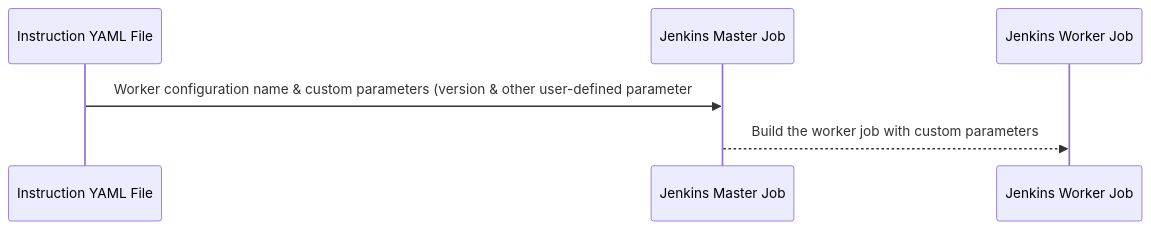
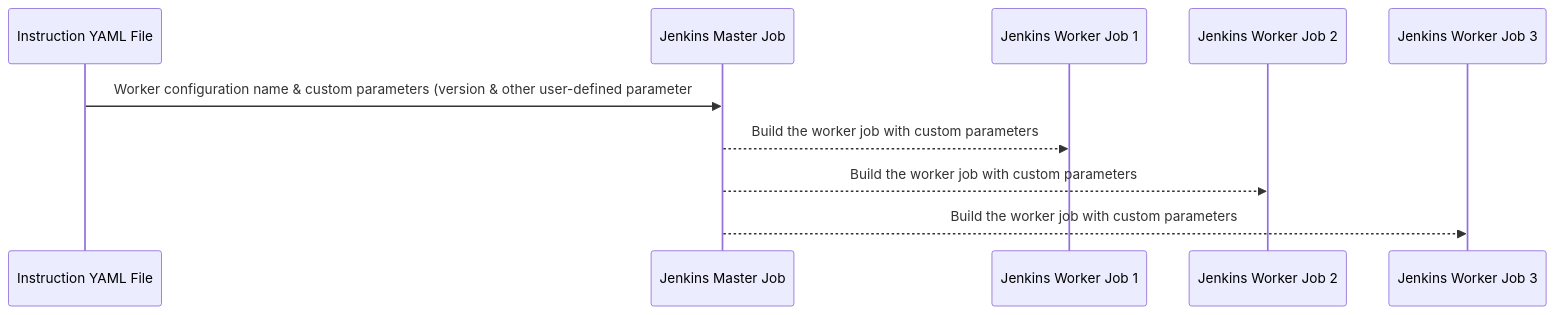
The diagram in README.md (frostyaxe/Blaze-Tracker), drawn with Mermaid before and after one commit. The commit also changed other lines of this file, not shown here.

````diff
--- a/README.md
+++ b/README.md
@@ -97,5 +97,7 @@
 ```mermaid
 sequenceDiagram
 Instruction YAML File ->> Jenkins Master Job: Worker configuration name & custom parameters (version & other user-defined parameter
-Jenkins Master Job -->> Jenkins Worker Job: Build the worker job with custom parameters
+Jenkins Master Job -->> Jenkins Worker Job 1: Build the worker job with custom parameters
+Jenkins Master Job -->> Jenkins Worker Job 2: Build the worker job with custom parameters
+Jenkins Master Job -->> Jenkins Worker Job 3: Build the worker job with custom parameters
 ```
````
